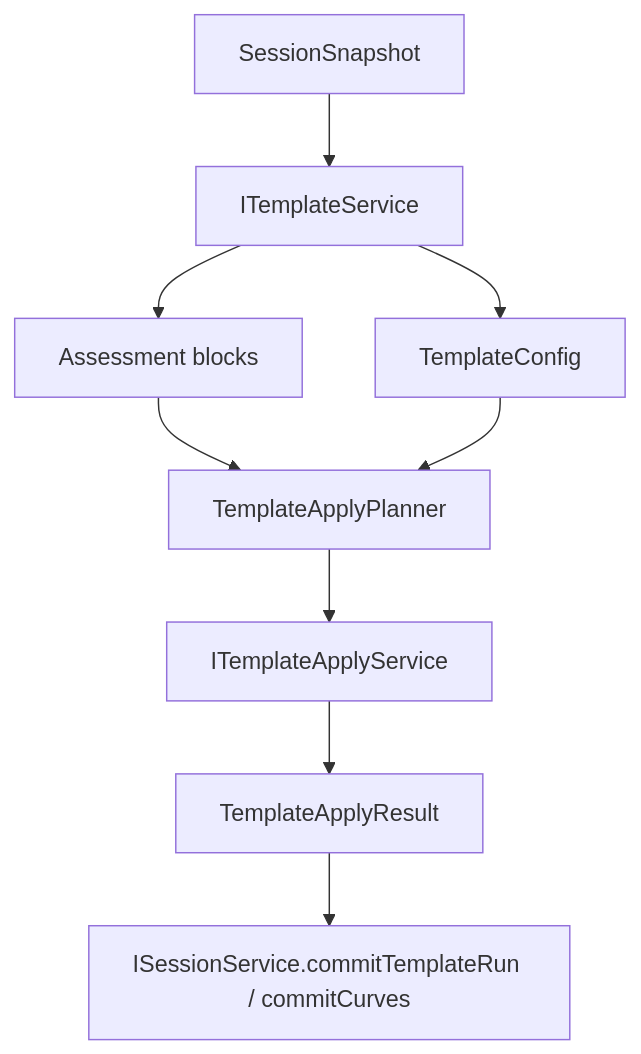
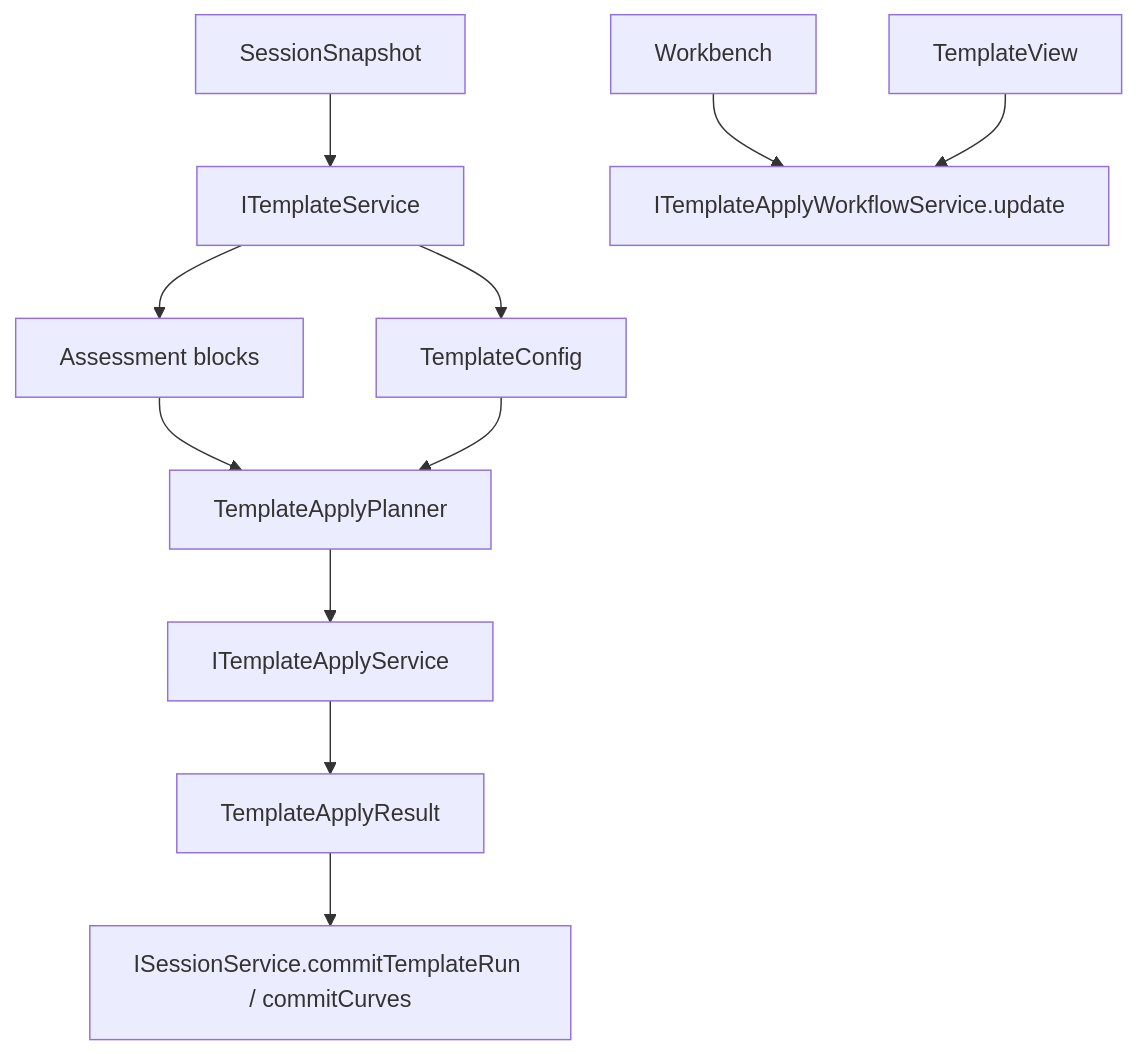
Before and after one commit to chogng/conductor: the diagram in .github/instructions/template.instructions.md, drawn with Mermaid. The commit also changed other lines of this file and 82 other files, not shown here.

First line of the commit message:
refactor: consolidate workbench ownership for settings and view inputs

````diff
--- a/.github/instructions/template.instructions.md
+++ b/.github/instructions/template.instructions.md
@@ -50,11 +56,13 @@
 ```mermaid
 flowchart TD
     Snapshot[SessionSnapshot] --> Template[ITemplateService]
     Template --> Assessment[Assessment blocks]
     Template --> Config[TemplateConfig]
+    Workbench --> Workflow[ITemplateApplyWorkflowService.update]
+    TemplateView --> Workflow
     Assessment --> Planner[TemplateApplyPlanner]
     Config --> Planner
     Planner --> Worker[ITemplateApplyService]
     Worker --> Result[TemplateApplyResult]
     Result --> Commit[ISessionService.commitTemplateRun / commitCurves]
 ```
````
